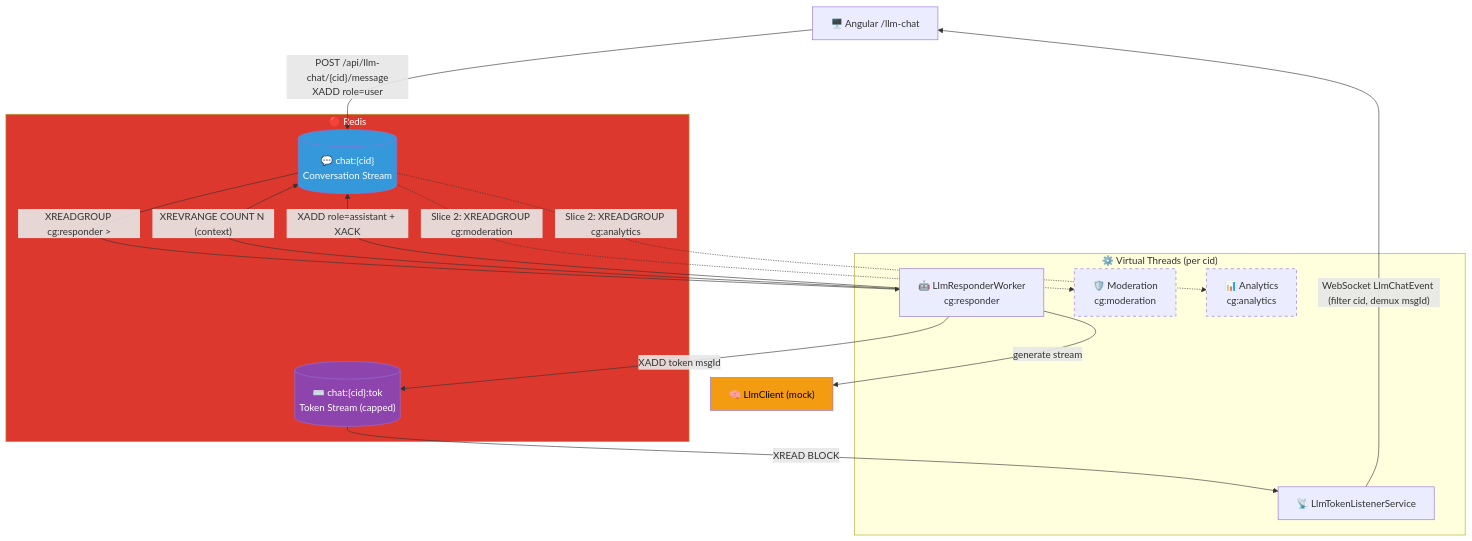
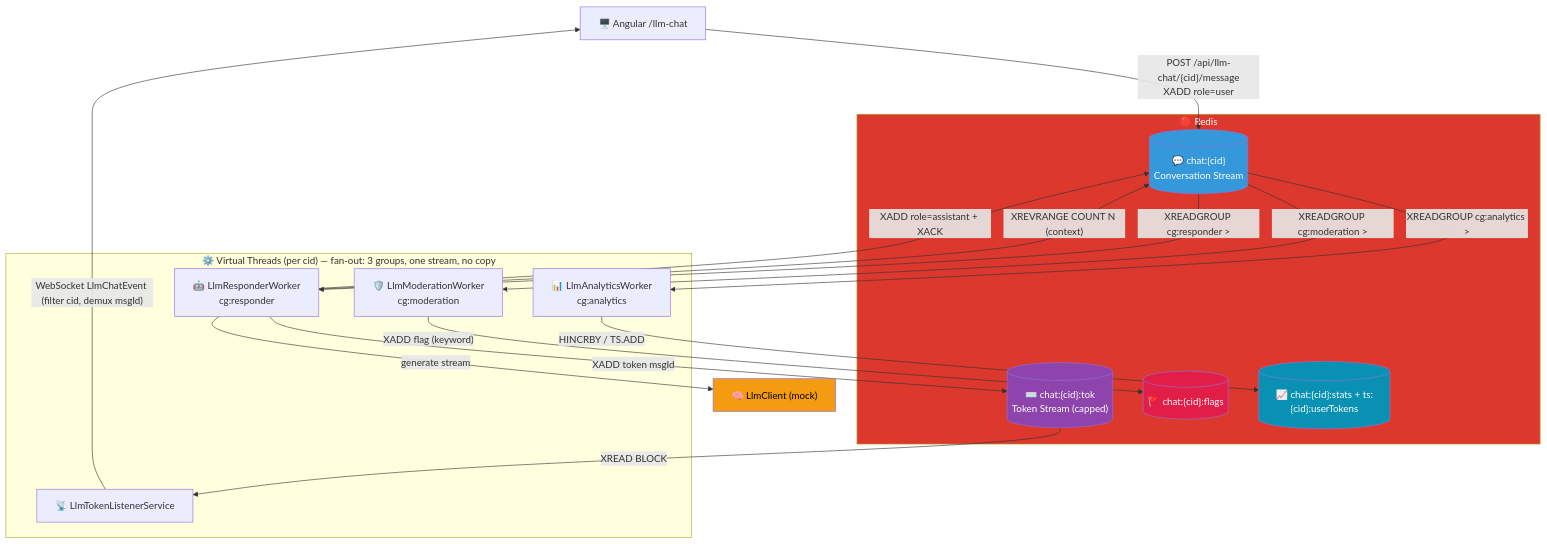
The first of 3 diagrams in docs/diagrams/llm-chat.md (dev-mansonthomas/RedisMessagingPatternsWithJedis), drawn with Mermaid before and after one commit. The commit also changed other lines of this file and 16 other files, not shown here.

First line of the commit message:
feat: LLM Chat fan-out (slice 2) — moderation + analytics groups (#6)

````diff
--- a/docs/diagrams/llm-chat.md
+++ b/docs/diagrams/llm-chat.md
@@ -8,36 +8,40 @@
 ```mermaid
 flowchart TB
     UI["🖥️ Angular /llm-chat"]
 
     subgraph Redis["🔴 Redis"]
         S[("💬 chat:{cid}<br/>Conversation Stream")]
         T[("⌨️ chat:{cid}:tok<br/>Token Stream (capped)")]
+        F[("🚩 chat:{cid}:flags")]
+        ST[("📈 chat:{cid}:stats + ts:{cid}:userTokens")]
     end
 
-    subgraph Workers["⚙️ Virtual Threads (per cid)"]
+    subgraph Workers["⚙️ Virtual Threads (per cid) — fan-out: 3 groups, one stream, no copy"]
         R["🤖 LlmResponderWorker<br/>cg:responder"]
+        M["🛡️ LlmModerationWorker<br/>cg:moderation"]
+        A["📊 LlmAnalyticsWorker<br/>cg:analytics"]
         TL["📡 LlmTokenListenerService"]
-        M["🛡️ Moderation<br/>cg:moderation"]
-        A["📊 Analytics<br/>cg:analytics"]
     end
 
     LLM["🧠 LlmClient (mock)"]
 
     UI -->|"POST /api/llm-chat/{cid}/message<br/>XADD role=user"| S
     S -->|"XREADGROUP cg:responder >"| R
+    S -->|"XREADGROUP cg:moderation >"| M
+    S -->|"XREADGROUP cg:analytics >"| A
     R -->|"XREVRANGE COUNT N (context)"| S
     R -->|"generate stream"| LLM
     R -->|"XADD token msgId"| T
     R -->|"XADD role=assistant + XACK"| S
+    M -->|"XADD flag (keyword)"| F
+    A -->|"HINCRBY / TS.ADD"| ST
     T -->|"XREAD BLOCK"| TL
     TL -->|"WebSocket LlmChatEvent (filter cid, demux msgId)"| UI
-    S -.->|"Slice 2: XREADGROUP cg:moderation"| M
-    S -.->|"Slice 2: XREADGROUP cg:analytics"| A
 
     style Redis fill:#dc382d,color:#fff
     style S fill:#3498db,color:#fff
     style T fill:#8e44ad,color:#fff
+    style F fill:#e11d48,color:#fff
+    style ST fill:#0891b2,color:#fff
     style LLM fill:#f39c12,color:#000
-    style M stroke-dasharray: 5 5
-    style A stroke-dasharray: 5 5
 ```
````
